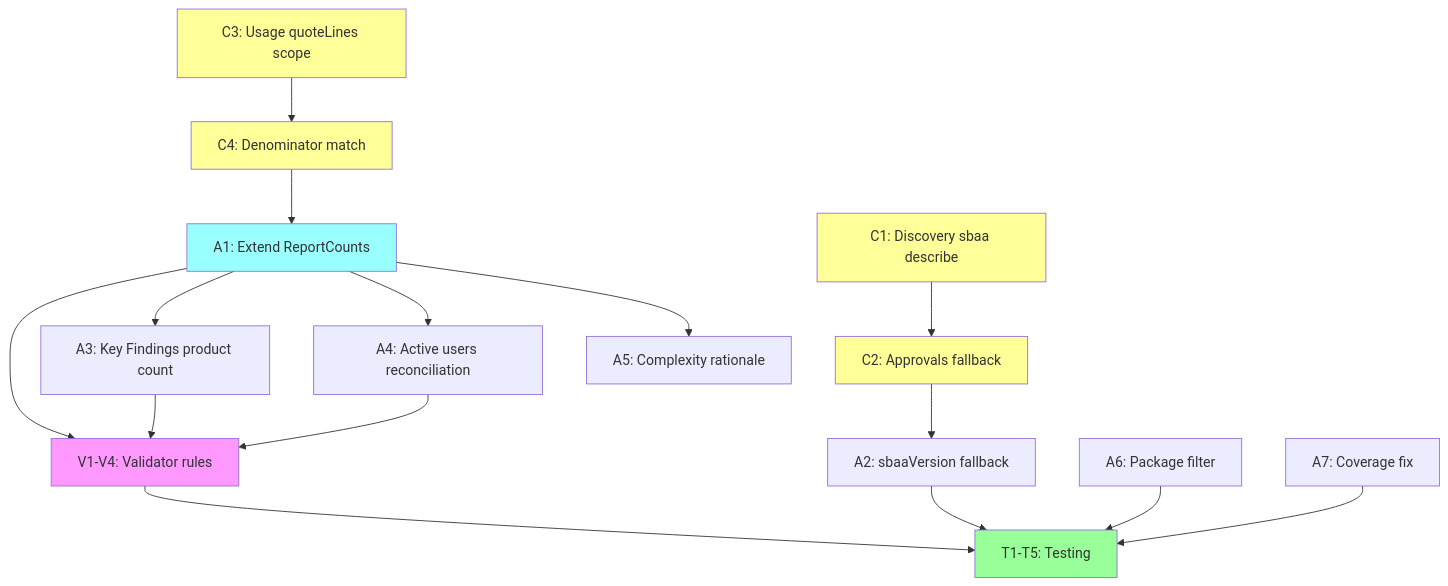
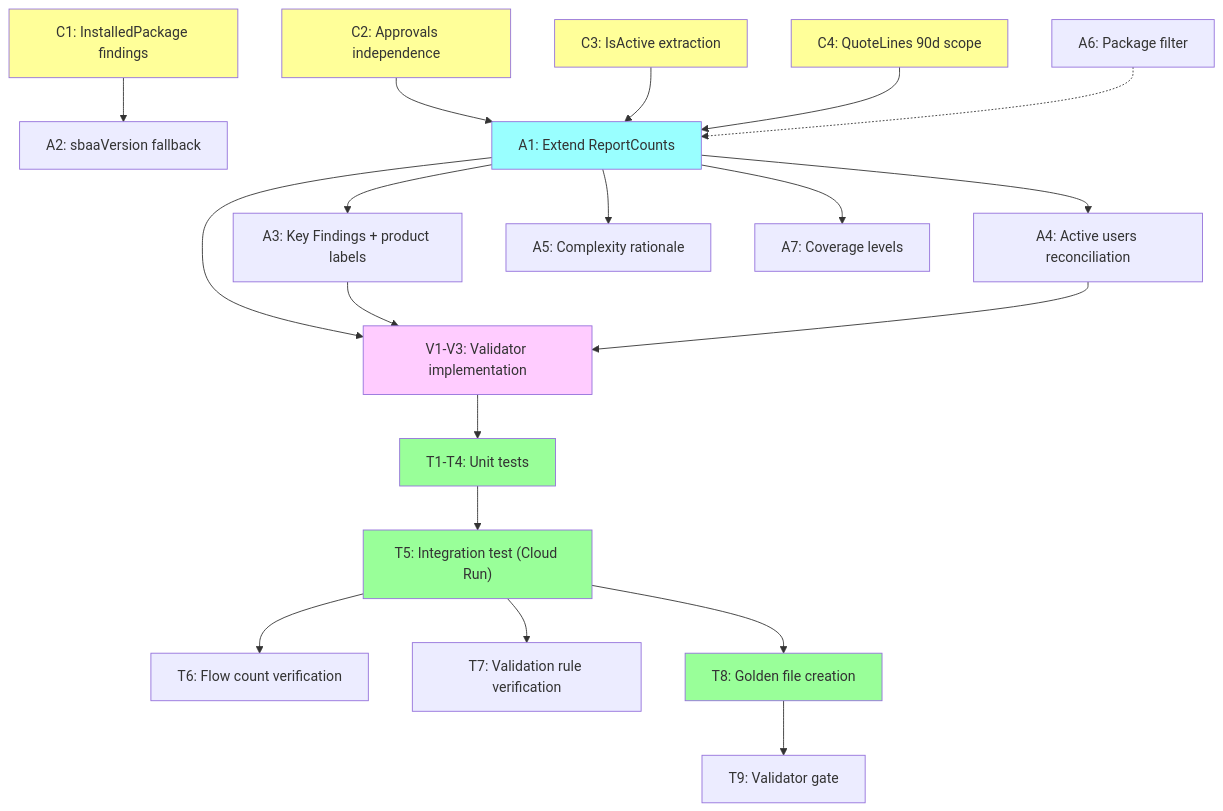
The second of 2 diagrams in docs/CPQ-REPORT-V4-MITIGATION-PLAN.md (danielbenzimri/revbrain), drawn with Mermaid before and after one commit. The commit also changed other lines of this file, not shown here.

````diff
--- a/docs/CPQ-REPORT-V4-MITIGATION-PLAN.md
+++ b/docs/CPQ-REPORT-V4-MITIGATION-PLAN.md
@@ -401,29 +389,34 @@
 ```mermaid
 graph TD
-    C1["C1: Discovery sbaa describe"] --> C2["C2: Approvals fallback"]
-    C3["C3: Usage quoteLines scope"] --> C4["C4: Denominator match"]
+    C1["C1: InstalledPackage findings"] --> A2["A2: sbaaVersion fallback"]
+    C2["C2: Approvals independence"] --> A1["A1: Extend ReportCounts"]
+    C3["C3: IsActive extraction"] --> A1
+    C4["C4: QuoteLines 90d scope"] --> A1
 
-    C2 --> A2["A2: sbaaVersion fallback"]
-    C4 --> A1["A1: Extend ReportCounts"]
-
-    A1 --> A3["A3: Key Findings product count"]
+    A1 --> A3["A3: Key Findings + product labels"]
     A1 --> A4["A4: Active users reconciliation"]
     A1 --> A5["A5: Complexity rationale"]
+    A1 --> A7["A7: Coverage levels"]
+    A6["A6: Package filter"] -.-> A1
 
-    A1 --> V1["V1-V4: Validator rules"]
+    A1 --> V1["V1-V3: Validator implementation"]
     A3 --> V1
     A4 --> V1
 
-    V1 --> T1["T1-T5: Testing"]
-    A2 --> T1
-    A6["A6: Package filter"] --> T1
-    A7["A7: Coverage fix"] --> T1
+    V1 --> T1["T1-T4: Unit tests"]
+    T1 --> T5["T5: Integration test (Cloud Run)"]
+    T5 --> T6["T6: Flow count verification"]
+    T5 --> T7["T7: Validation rule verification"]
+    T5 --> T8["T8: Golden file creation"]
+    T8 --> T9["T9: Validator gate"]
 
     style C1 fill:#ff9
     style C2 fill:#ff9
     style C3 fill:#ff9
     style C4 fill:#ff9
     style A1 fill:#9ff
-    style V1 fill:#f9f
+    style V1 fill:#fcf
     style T1 fill:#9f9
+    style T5 fill:#9f9
+    style T8 fill:#9f9
 ```
````
